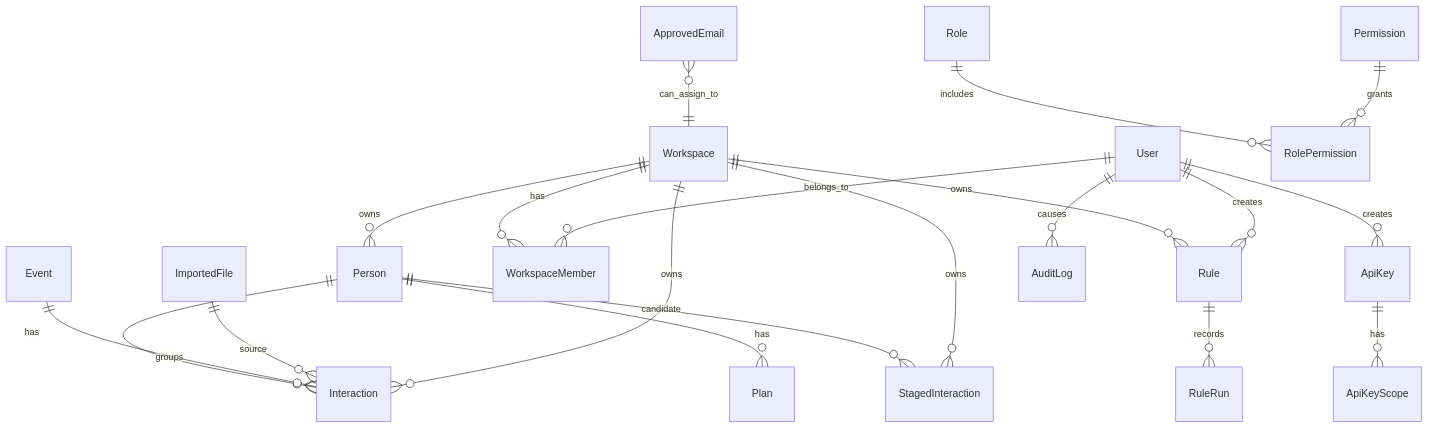
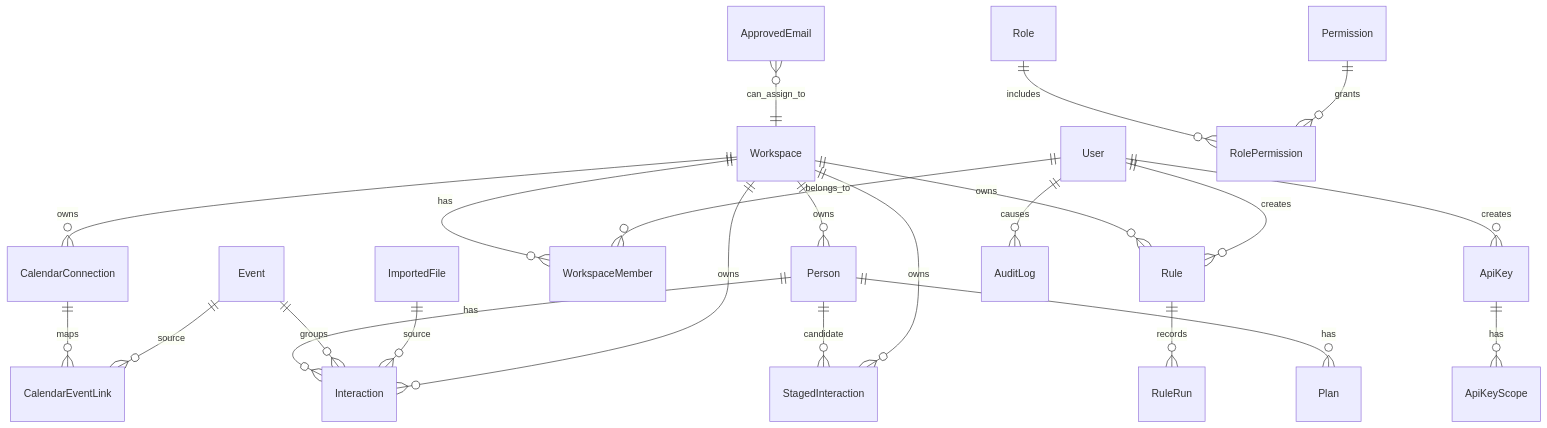
Diagram 14 of 17 in docs/PERSONS_ARCHITECTURE.md (josephdfryer/life-os), drawn with Mermaid before and after one commit. The commit also changed other lines of this file and 20 other files, not shown here.

````diff
--- a/docs/PERSONS_ARCHITECTURE.md
+++ b/docs/PERSONS_ARCHITECTURE.md
@@ -349,23 +379,26 @@
 ```mermaid
 erDiagram
   Person ||--o{ Interaction : has
   Event ||--o{ Interaction : groups
   Person ||--o{ Plan : has
   Person ||--o{ StagedInteraction : candidate
   ImportedFile ||--o{ Interaction : source
 
   Workspace ||--o{ WorkspaceMember : has
   Workspace ||--o{ Person : owns
   Workspace ||--o{ Interaction : owns
   Workspace ||--o{ StagedInteraction : owns
   Workspace ||--o{ Rule : owns
+  Workspace ||--o{ CalendarConnection : owns
+  CalendarConnection ||--o{ CalendarEventLink : maps
+  Event ||--o{ CalendarEventLink : source
   ApprovedEmail }o--|| Workspace : can_assign_to
   User ||--o{ ApiKey : creates
   User ||--o{ WorkspaceMember : belongs_to
   User ||--o{ AuditLog : causes
   User ||--o{ Rule : creates
   Role ||--o{ RolePermission : includes
   Permission ||--o{ RolePermission : grants
   ApiKey ||--o{ ApiKeyScope : has
   Rule ||--o{ RuleRun : records
 ```
````
